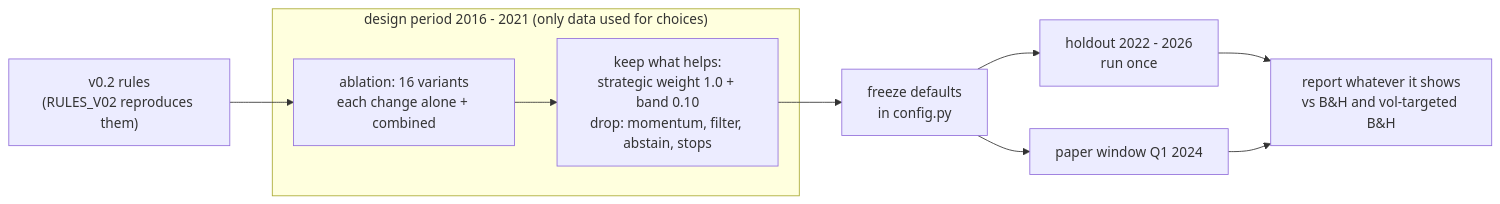
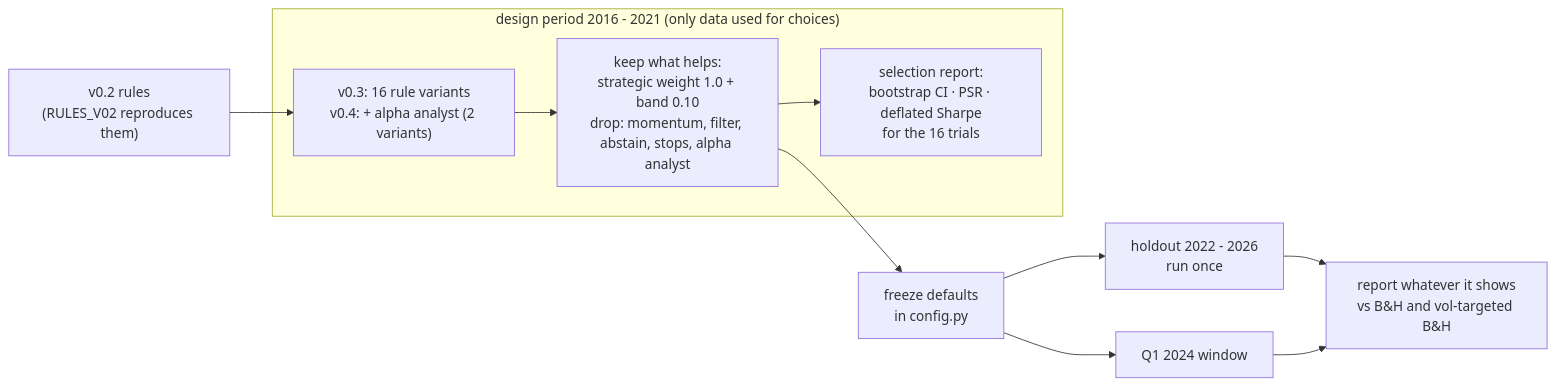
Diagram 23 of 24 in docs/DIAGRAMS.md (AshJha0/agentic-trader), drawn with Mermaid before and after one commit. The commit also changed other lines of this file and 70 other files, not shown here.

````diff
--- a/docs/DIAGRAMS.md
+++ b/docs/DIAGRAMS.md
@@ -326,12 +635,13 @@
 ```mermaid
 flowchart LR
     V02["v0.2 rules<br/>(RULES_V02 reproduces them)"] --> ABL
     subgraph Design["design period 2016 - 2021 (only data used for choices)"]
-        ABL["ablation: 16 variants<br/>each change alone + combined"] --> PICK["keep what helps:<br/>strategic weight 1.0 + band 0.10<br/>drop: momentum, filter, abstain, stops"]
+        ABL["v0.3: 16 rule variants<br/>v0.4: + alpha analyst (2 variants)"] --> PICK["keep what helps:<br/>strategic weight 1.0 + band 0.10<br/>drop: momentum, filter, abstain, stops, alpha analyst"]
+        PICK --> DSR["selection report:<br/>bootstrap CI · PSR · deflated Sharpe<br/>for the 16 trials"]
     end
     PICK --> FREEZE["freeze defaults<br/>in config.py"]
     FREEZE --> HO["holdout 2022 - 2026<br/>run once"]
-    FREEZE --> PW["paper window Q1 2024"]
+    FREEZE --> PW["Q1 2024 window"]
     HO --> REP["report whatever it shows<br/>vs B&H and vol-targeted B&H"]
     PW --> REP
 ```
````
